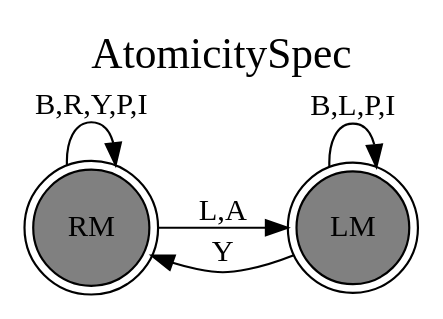
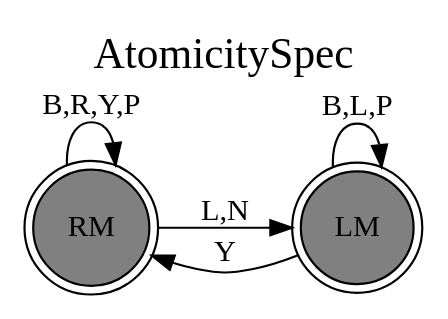
One commit to civl-verifier/civl-dev changed the diagram in YSA/Atomicity.dot. Above: the diagram before and after it, drawn with Graphviz. The commit also changed 12 other files, not shown here.

```diff
--- a/YSA/Atomicity.dot
+++ b/YSA/Atomicity.dot
@@ -1,12 +1,12 @@
 digraph g {
 label="AtomicitySpec";
 labelloc=top;
 fontsize=20;
 rankdir=LR;
 RM[shape=doublecircle, style=filled, fillcolor=gray];
 LM[shape=doublecircle, style=filled, fillcolor=gray];
-RM -> RM [label="B,R,Y,P,I"];
-RM -> LM [label="L,A"];
-LM -> RM [label=Y];
-LM -> LM [label="B,L,P,I"];
+RM -> RM [label="B,R,Y,P"];
+RM -> LM [label="L,N"];
+LM -> RM [label="Y"];
+LM -> LM [label="B,L,P"];
 }
```
